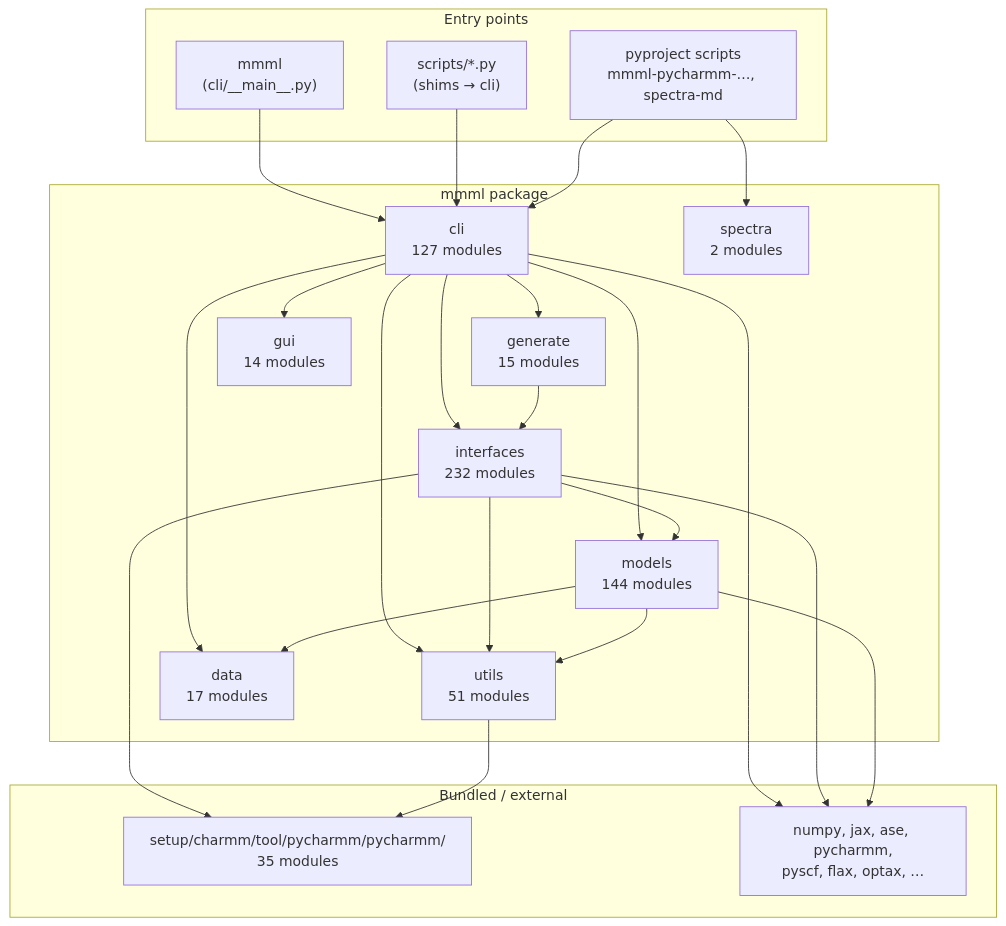
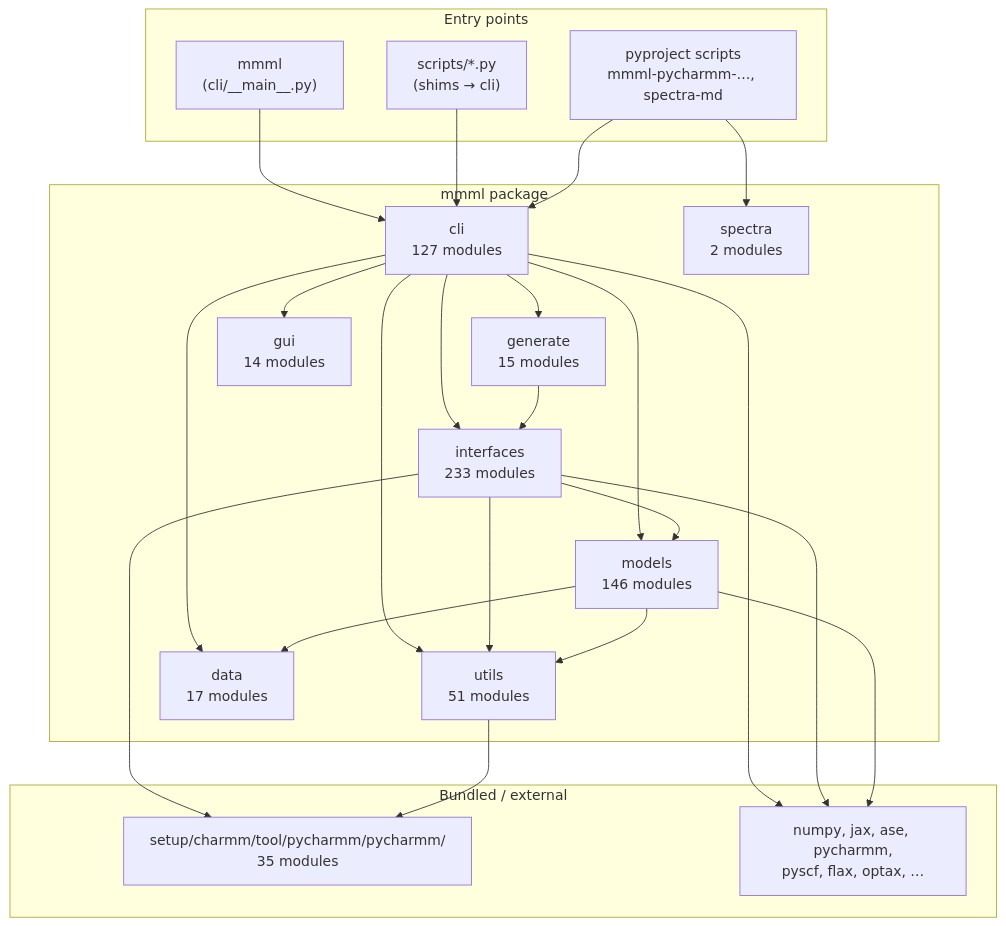
One commit to EricBoittier/mmml changed the first of 8 diagrams in docs/package-architecture.md. Above: the diagram before and after it, drawn with Mermaid. The commit also changed 9 other files, not shown here.

````diff
--- a/docs/package-architecture.md
+++ b/docs/package-architecture.md
@@ -13,48 +13,48 @@
 ```mermaid
 flowchart TB
   subgraph entry["Entry points"]
     MMML["mmml\n(cli/__main__.py)"]
     SCRIPTS["scripts/*.py\n(shims → cli)"]
     PKG["pyproject scripts\nmmml-pycharmm-…, spectra-md"]
   end
 
   subgraph mmml_pkg["mmml package"]
     CLI["cli\n127 modules"]
-    IFACE["interfaces\n232 modules"]
-    MODELS["models\n144 modules"]
+    IFACE["interfaces\n233 modules"]
+    MODELS["models\n146 modules"]
     UTILS["utils\n51 modules"]
     DATA["data\n17 modules"]
     GEN["generate\n15 modules"]
     GUI["gui\n14 modules"]
     SPEC["spectra\n2 modules"]
   end
 
   subgraph vendor["Bundled / external"]
     PYCH["setup/charmm/tool/pycharmm/pycharmm/\n35 modules"]
     EXT["numpy, jax, ase, pycharmm,\npyscf, flax, optax, …"]
   end
 
   MMML --> CLI
   SCRIPTS --> CLI
   PKG --> CLI
   PKG --> SPEC
 
   CLI --> IFACE
   CLI --> MODELS
   CLI --> DATA
   CLI --> UTILS
   CLI --> GEN
   CLI --> GUI
 
   IFACE --> MODELS
   IFACE --> UTILS
   IFACE --> PYCH
   MODELS --> UTILS
   MODELS --> DATA
   UTILS --> PYCH
   GEN --> IFACE
 
   CLI --> EXT
   IFACE --> EXT
   MODELS --> EXT
 ```
````
